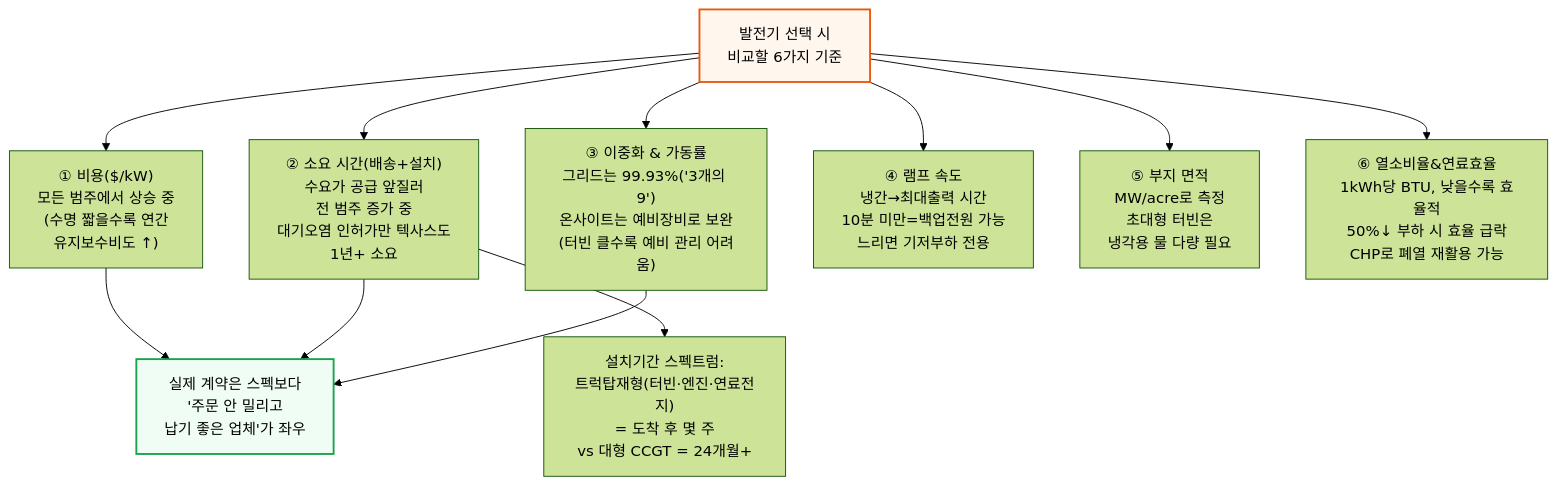
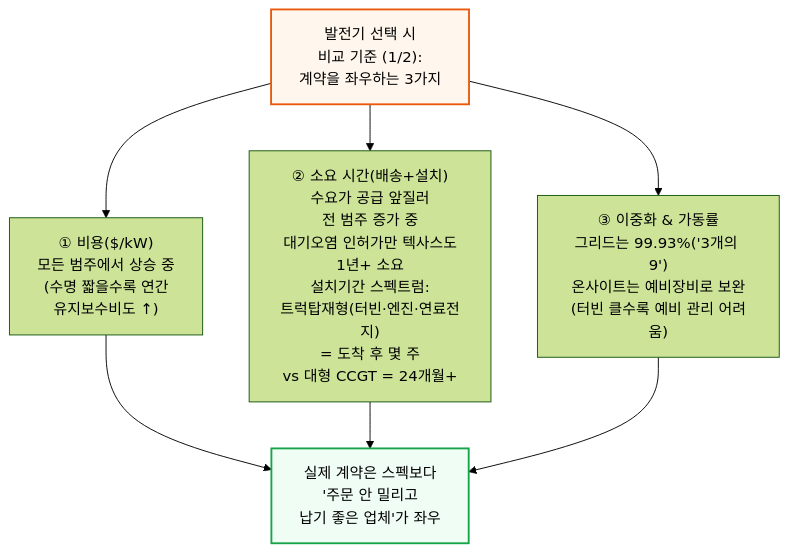
One commit to yohan4477/semi-report changed the sixth of 34 diagrams in 원본 해석/[251231] AI 랩들은 어떻게 전력난을 해결하는가 - 온사이트 가스 딥다이브.md. Above: the diagram before and after it, drawn with Mermaid (forest theme). The commit also changed other lines of this file, not shown here.

First line of the commit message:
Fix all remaining diagram width violations in onsite gas doc (v14.0)

````diff
--- a/원본 해석/[251231] AI 랩들은 어떻게 전력난을 해결하는가 - 온사이트 가스 딥다이브.md
+++ b/원본 해석/[251231] AI 랩들은 어떻게 전력난을 해결하는가 - 온사이트 가스 딥다이브.md
@@ -253,18 +246,13 @@
 ```mermaid
 flowchart TD
-    Criteria["발전기 선택 시<br/>비교할 6가지 기준"] --> Cost["① 비용($/kW)<br/>모든 범주에서 상승 중<br/>(수명 짧을수록 연간<br/>유지보수비도 ↑)"]
-    Criteria --> LeadTime["② 소요 시간(배송+설치)<br/>수요가 공급 앞질러<br/>전 범주 증가 중<br/>대기오염 인허가만 텍사스도<br/>1년+ 소요"]
-    Criteria --> Uptime["③ 이중화 & 가동률<br/>그리드는 99.93%('3개의 9')<br/>온사이트는 예비장비로 보완<br/>(터빈 클수록 예비 관리 어려움)"]
-    Criteria --> Ramp["④ 램프 속도<br/>냉간→최대출력 시간<br/>10분 미만=백업전원 가능<br/>느리면 기저부하 전용"]
-    Criteria --> Land["⑤ 부지 면적<br/>MW/acre로 측정<br/>초대형 터빈은<br/>냉각용 물 다량 필요"]
-    Criteria --> HeatRate["⑥ 열소비율&연료효율<br/>1kWh당 BTU, 낮을수록 효율적<br/>50%↓ 부하 시 효율 급락<br/>CHP로 폐열 재활용 가능"]
-
-    LeadTime --> Range["설치기간 스펙트럼:<br/>트럭탑재형(터빈·엔진·연료전지)<br/>= 도착 후 몇 주<br/>vs 대형 CCGT = 24개월+"]
+    Criteria1["발전기 선택 시<br/>비교 기준 (1/2):<br/>계약을 좌우하는 3가지"] --> Cost["① 비용($/kW)<br/>모든 범주에서 상승 중<br/>(수명 짧을수록 연간<br/>유지보수비도 ↑)"]
+    Criteria1 --> LeadTime["② 소요 시간(배송+설치)<br/>수요가 공급 앞질러<br/>전 범주 증가 중<br/>대기오염 인허가만 텍사스도<br/>1년+ 소요<br/>설치기간 스펙트럼:<br/>트럭탑재형(터빈·엔진·연료전지)<br/>= 도착 후 몇 주<br/>vs 대형 CCGT = 24개월+"]
+    Criteria1 --> Uptime["③ 이중화 & 가동률<br/>그리드는 99.93%('3개의 9')<br/>온사이트는 예비장비로 보완<br/>(터빈 클수록 예비 관리 어려움)"]
 
     Cost --> Verdict["실제 계약은 스펙보다<br/>'주문 안 밀리고<br/>납기 좋은 업체'가 좌우"]
     LeadTime --> Verdict
     Uptime --> Verdict
 
-    style Criteria fill:#fff7ed,stroke:#ea580c,stroke-width:2px
+    style Criteria1 fill:#fff7ed,stroke:#ea580c,stroke-width:2px
     style Verdict fill:#f0fdf4,stroke:#16a34a,stroke-width:2px
 ```
````
